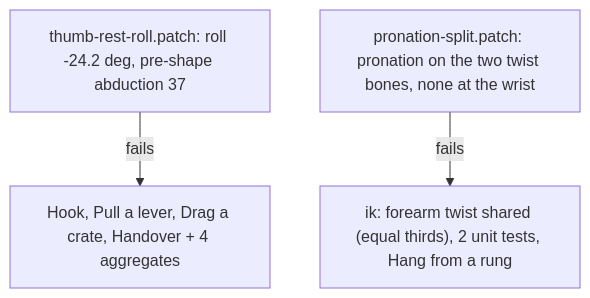
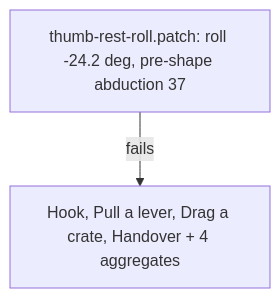
The diagram in docs/HANDS_TWIST_FINDINGS.md (iam25th1/25th-procedural-hands), drawn with Mermaid before and after one commit. The commit also changed other lines of this file and 21 other files, not shown here.

````diff
--- a/docs/HANDS_TWIST_FINDINGS.md
+++ b/docs/HANDS_TWIST_FINDINGS.md
@@ -85,5 +86,4 @@
 ```mermaid
 flowchart TD
   T["thumb-rest-roll.patch: roll -24.2 deg, pre-shape abduction 37"] -->|fails| T1["Hook, Pull a lever, Drag a crate, Handover + 4 aggregates"]
-  P["pronation-split.patch: pronation on the two twist bones, none at the wrist"] -->|fails| P1["ik: forearm twist shared (equal thirds), 2 unit tests, Hang from a rung"]
 ```
````
